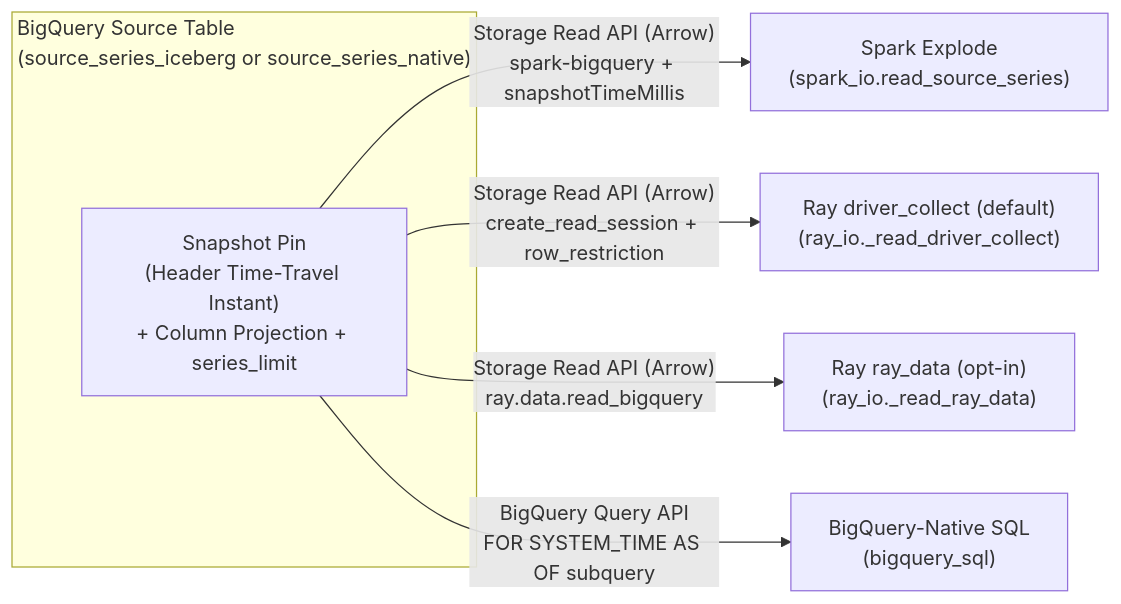
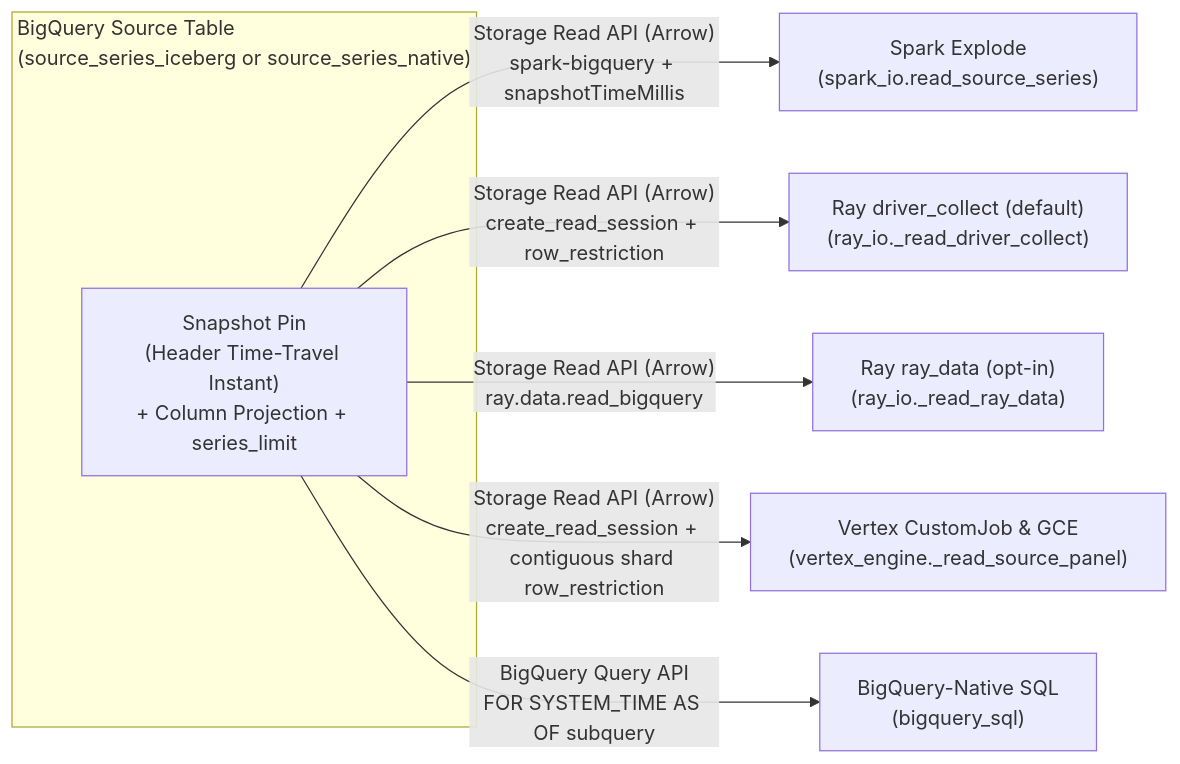
The diagram in docs/reading_source_data.md (statmike/scale-forecasting), drawn with Mermaid before and after one commit. The commit also changed other lines of this file and 69 other files, not shown here.

First line of the commit message:
feat(compute): add vertex and gce runtimes, unified compute params, GPU-VM catalog, and AGENTS.md

````diff
--- a/docs/reading_source_data.md
+++ b/docs/reading_source_data.md
@@ -13,10 +13,11 @@
 ```mermaid
 flowchart LR
     subgraph Source["BigQuery Source Table\n(source_series_iceberg or source_series_native)"]
         Snap["Snapshot Pin\n(Header Time-Travel Instant)\n+ Column Projection + series_limit"]
     end
     Snap -->|"Storage Read API (Arrow)\nspark-bigquery + snapshotTimeMillis"| Spark["Spark Explode\n(spark_io.read_source_series)"]
     Snap -->|"Storage Read API (Arrow)\ncreate_read_session + row_restriction"| RayDC["Ray driver_collect (default)\n(ray_io._read_driver_collect)"]
     Snap -->|"Storage Read API (Arrow)\nray.data.read_bigquery"| RayData["Ray ray_data (opt-in)\n(ray_io._read_ray_data)"]
+    Snap -->|"Storage Read API (Arrow)\ncreate_read_session + contiguous shard row_restriction"| VertexGCE["Vertex CustomJob & GCE\n(vertex_engine._read_source_panel)"]
     Snap -->|"BigQuery Query API\nFOR SYSTEM_TIME AS OF subquery"| BQ["BigQuery-Native SQL\n(bigquery_sql)"]
 ```
````
